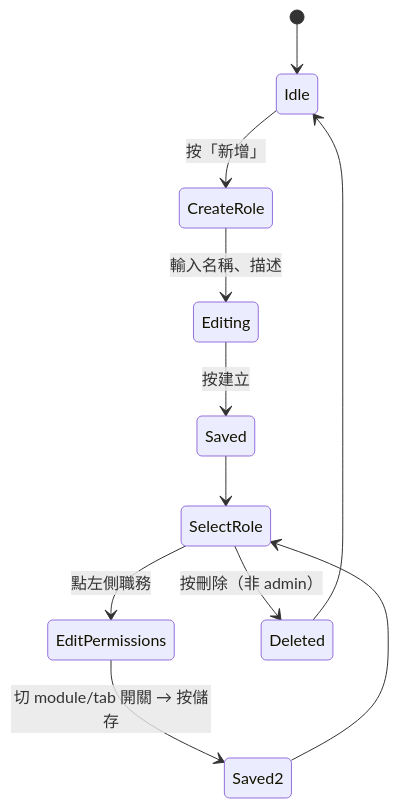
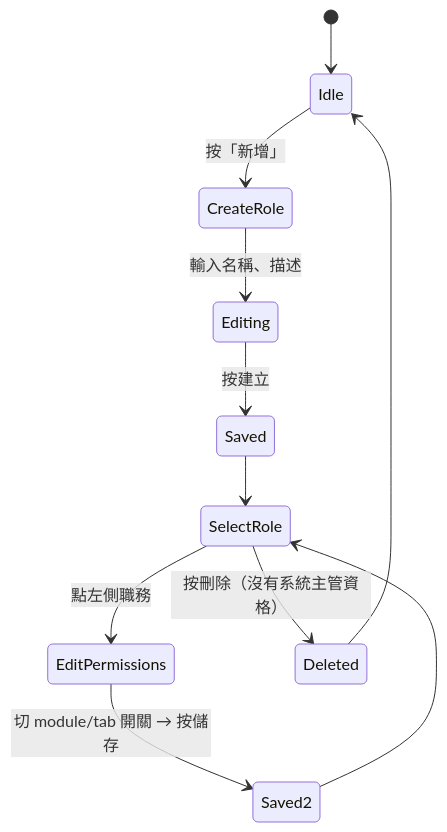
The diagram in docs/blueprints/16-hr-roles.md (Venturo-Erp/ERP), drawn with Mermaid before and after one commit. The commit also changed other lines of this file and 334 other files, not shown here.

````diff
--- a/docs/blueprints/16-hr-roles.md
+++ b/docs/blueprints/16-hr-roles.md
@@ -38,13 +38,13 @@
 ```mermaid
 stateDiagram-v2
     [*] --> Idle
     Idle --> CreateRole: 按「新增」
     CreateRole --> Editing: 輸入名稱、描述
     Editing --> Saved: 按建立
     Saved --> SelectRole
     SelectRole --> EditPermissions: 點左側職務
     EditPermissions --> Saved2: 切 module/tab 開關 → 按儲存
     Saved2 --> SelectRole
-    SelectRole --> Deleted: 按刪除（非 admin）
+    SelectRole --> Deleted: 按刪除（沒有系統主管資格）
     Deleted --> Idle
 ```
````
